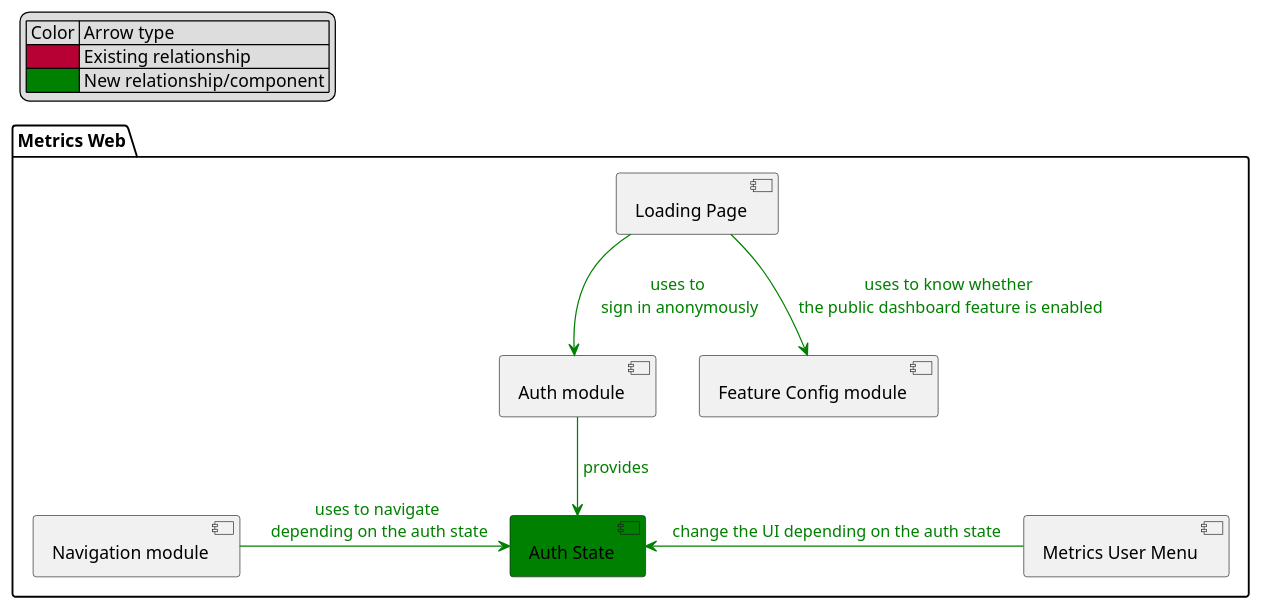
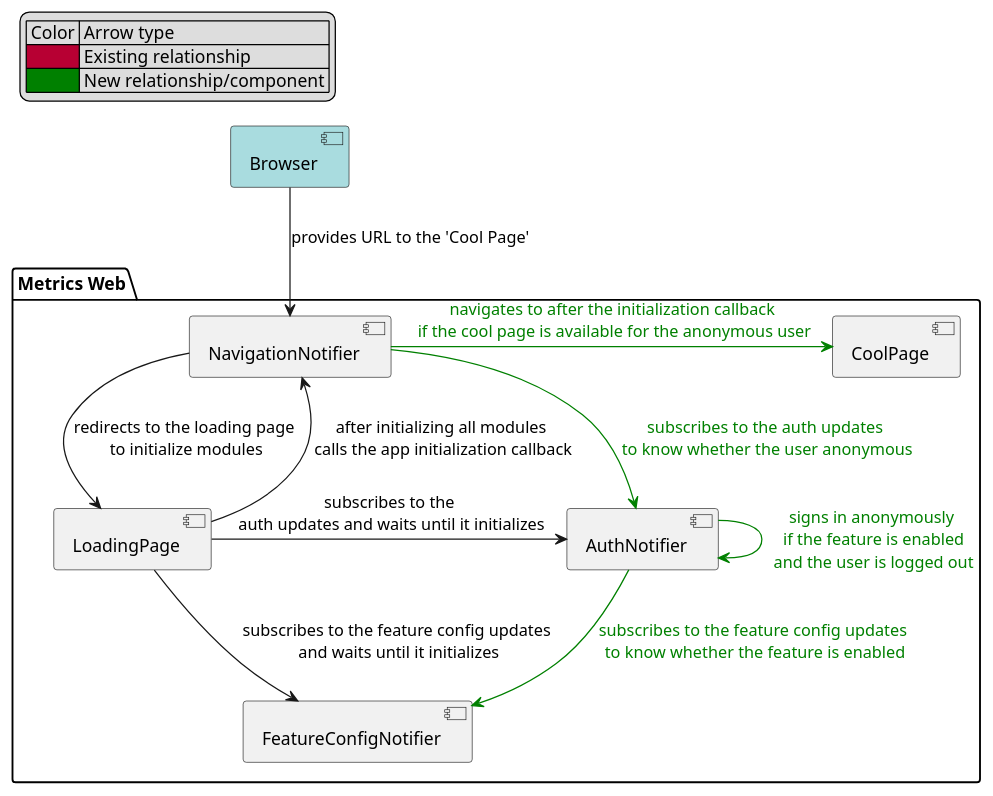
Before and after one commit to Flank/flank-dashboard: the diagram in metrics/web/docs/features/public_dashboard/diagrams/public_dashboard_architecture_components_diagram.puml, drawn with PlantUML. The commit also changed 4 other files, not shown here.

Commit message:
[WIP] Implement new component diagram. Add overall class diagram. Rewrite the architecture section.

```diff
--- a/metrics/web/docs/features/public_dashboard/diagrams/public_dashboard_architecture_components_diagram.puml
+++ b/metrics/web/docs/features/public_dashboard/diagrams/public_dashboard_architecture_components_diagram.puml
@@ -1,25 +1,29 @@
 @startuml public_dashboard_architecture_components_diagram
 
 legend top left
     | Color | Arrow type |
     |<#B70033>| Existing relationship |
     |<#Green>| New relationship/component |
 endlegend
 
+component Browser #A9DCDF
 
 package "Metrics Web" {
-    component "Loading Page" as loading_page
-    component "Auth module" as auth
-    component "Feature Config module" as feature_config
-    component "Navigation module" as navigation
-    component "Auth State" as auth_state #Green
-    component "Metrics User Menu" as user_menu
+    component "LoadingPage" as loading_page
+    component "AuthNotifier" as auth
+    component "FeatureConfigNotifier" as feature_config
+    component "NavigationNotifier" as navigation
+    component "CoolPage" as cool_page
 }
 
-auth -[#Green]-> auth_state: <color:green> provides
-loading_page -[#Green]-> feature_config: <color:green> uses to know whether\n <color:green> the public dashboard feature is enabled
-loading_page -[#Green]-> auth: <color:green> uses to\n <color:green> sign in anonymously
-navigation -[#Green]> auth_state: <color:green> uses to navigate\n <color:green> depending on the auth state
-user_menu -[#Green]left-> auth_state: <color:green> change the UI depending on the auth state
+Browser --> navigation: provides URL to the 'Cool Page'
+navigation --> loading_page: redirects to the loading page\n to initialize modules
+loading_page -> auth: subscribes to the\n auth updates and waits until it initializes
+loading_page --> feature_config: subscribes to the feature config updates\n and waits until it initializes
+auth -[#green]-> auth: <color:green>signs in anonymously\n <color:green>if the feature is enabled\n <color:green>and the user is logged out
+auth -[#green]-> feature_config: <color:green>subscribes to the feature config updates\n <color:green>to know whether the feature is enabled
+loading_page -up-> navigation: after initializing all modules\n calls the app initialization callback
+navigation -[#green]right-> cool_page: <color:green>navigates to after the initialization callback\n <color:green>if the cool page is available for the anonymous user
+navigation -[#green]> auth: <color:green>subscribes to the auth updates\n <color:green>to know whether the user anonymous
 
 @enduml
```
